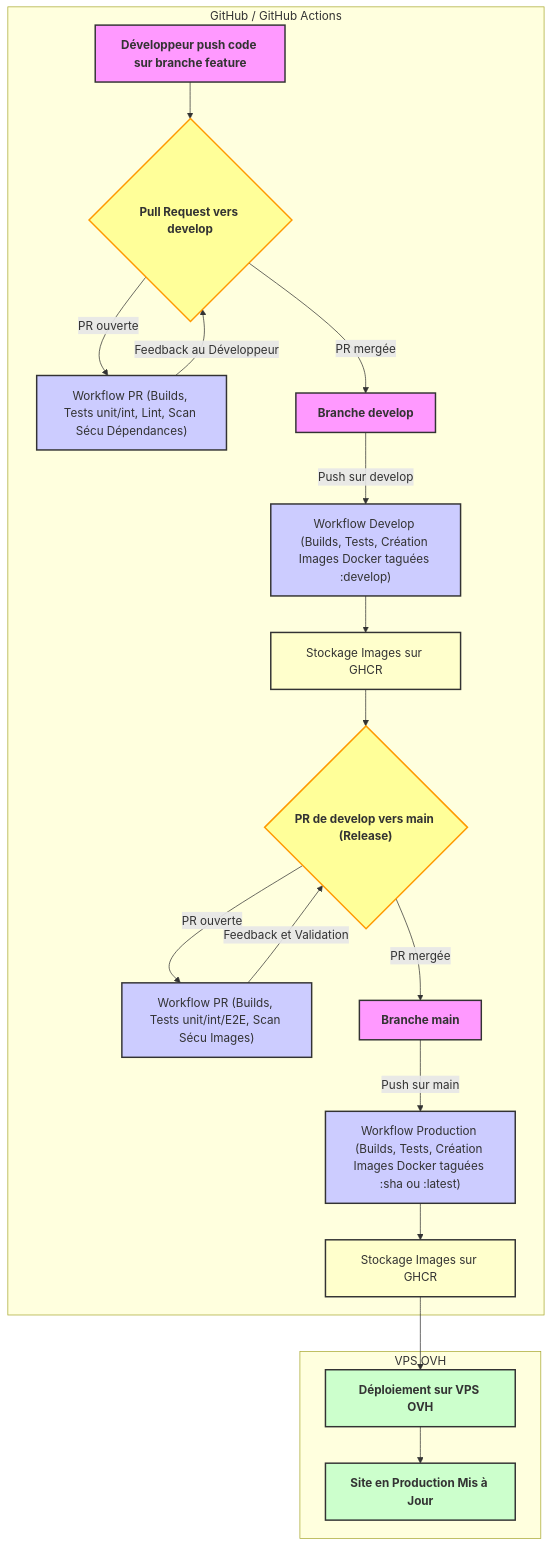
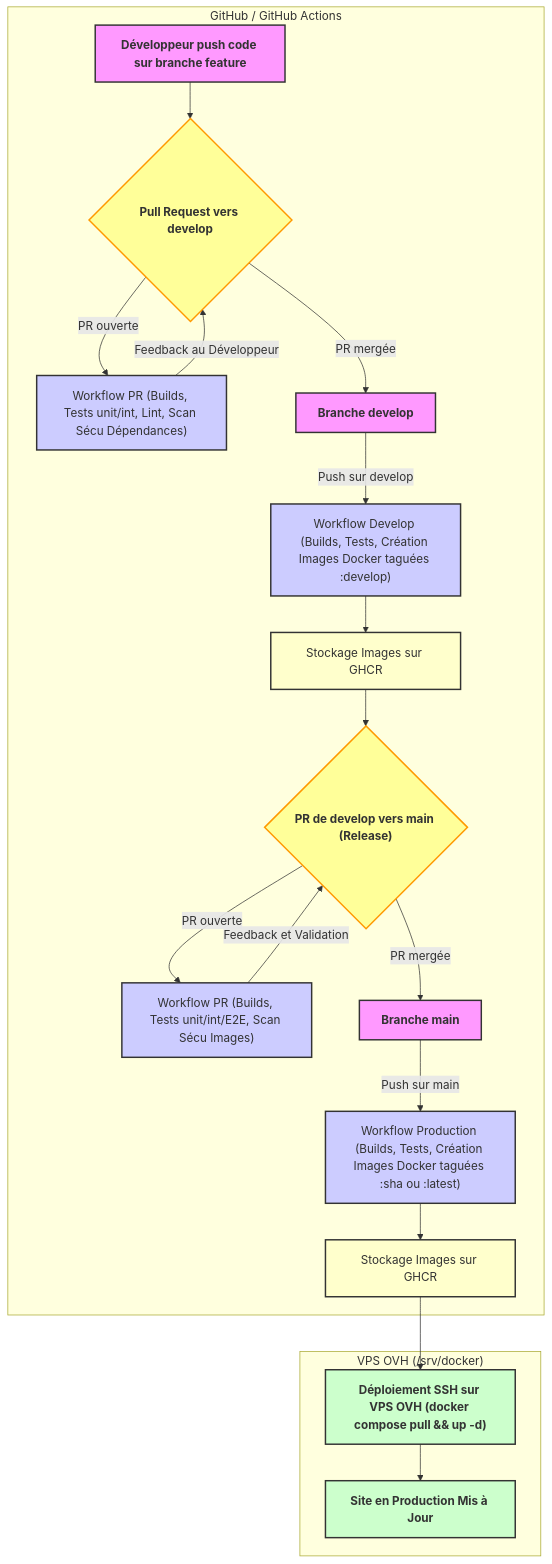
Before and after one commit to sebc-dev/blog: the diagram in docs/ci-cd/pipeline.md, drawn with Mermaid. The commit also changed other lines of this file and 9 other files, not shown here.

````diff
--- a/docs/ci-cd/pipeline.md
+++ b/docs/ci-cd/pipeline.md
@@ -97,48 +100,48 @@
 ```mermaid
 graph TD
     A["Développeur push code sur branche feature"] --> B{"Pull Request vers develop"};
     B -- "PR ouverte" --> C["Workflow PR #40;Builds, Tests unit/int, Lint, Scan Sécu Dépendances#41;"];
     C -- "Feedback au Développeur" --> B;
     B -- "PR mergée" --> D["Branche develop"];
     D -- "Push sur develop" --> E["Workflow Develop #40;Builds, Tests, Création Images Docker taguées :develop#41;"];
     E --> F["Stockage Images sur GHCR"];
     F --> G{"PR de develop vers main #40;Release#41;"};
     G -- "PR ouverte" --> H["Workflow PR #40;Builds, Tests unit/int/E2E, Scan Sécu Images#41;"];
     H -- "Feedback et Validation" --> G;
     G -- "PR mergée" --> I["Branche main"];
     I -- "Push sur main" --> J["Workflow Production #40;Builds, Tests, Création Images Docker taguées :sha ou :latest#41;"];
     J --> K["Stockage Images sur GHCR"];
-    K --> L["Déploiement sur VPS OVH"];
+    K --> L["Déploiement SSH sur VPS OVH #40;docker compose pull && up -d#41;"];
     L --> M["Site en Production Mis à Jour"];
 
     subgraph "GitHub / GitHub Actions"
         A
         B
         C
         D
         E
         F
         G
         H
         I
         J
         K
     end
 
-    subgraph "VPS OVH"
+    subgraph "VPS OVH (/srv/docker)"
         L
         M
     end
 
     classDef vcs fill:#f9f,stroke:#333,stroke-width:2px,color:#333,font-weight:bold;
     classDef ci fill:#ccf,stroke:#333,stroke-width:2px,color:#333;
     classDef deploy fill:#cfc,stroke:#333,stroke-width:2px,color:#333,font-weight:bold;
     classDef registry fill:#ffc,stroke:#333,stroke-width:2px,color:#333;
     classDef decision fill:#ff9,stroke:#f90,stroke-width:2px,color:#333,font-weight:bold;
 
     class A,D,G,I vcs;
     class B,C,E,H,J ci;
     class F,K registry;
     class L,M deploy;
     class B,G decision;
 ```
````
